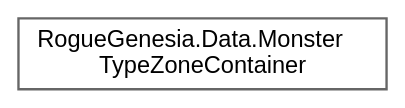
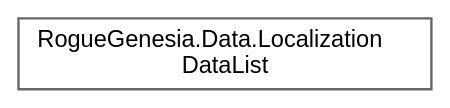
The diagram in inherit_graph_86.dot (PlexusDuMenton/RogueGenesiaModAPI), drawn with Graphviz before and after one commit. The commit also changed 1123 other files, not shown here.

```diff
--- a/inherit_graph_86.dot
+++ b/inherit_graph_86.dot
@@ -1,9 +1,9 @@
 digraph "Graphical Class Hierarchy"
 {
  // LATEX_PDF_SIZE
   bgcolor="transparent";
   edge [fontname=Helvetica,fontsize=10,labelfontname=Helvetica,labelfontsize=10];
   node [fontname=Helvetica,fontsize=10,shape=box,height=0.2,width=0.4];
   rankdir="LR";
-  Node0 [label="RogueGenesia.Data.Monster\lTypeZoneContainer",height=0.2,width=0.4,color="grey40", fillcolor="white", style="filled",URL="$class_rogue_genesia_1_1_data_1_1_monster_type_zone_container.html",tooltip=" "];
+  Node0 [label="RogueGenesia.Data.Localization\lDataList",height=0.2,width=0.4,color="grey40", fillcolor="white", style="filled",URL="$class_rogue_genesia_1_1_data_1_1_localization_data_list.html",tooltip=" "];
 }
```
